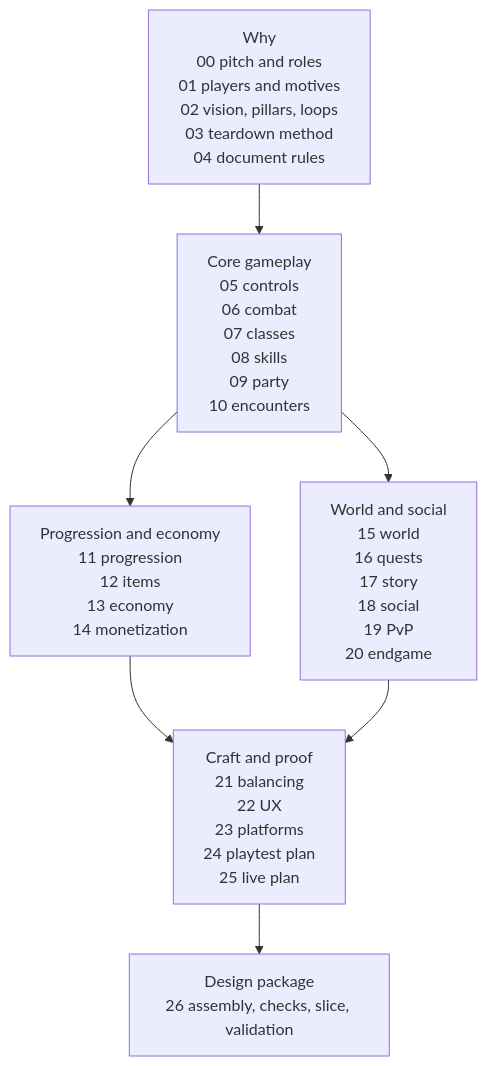
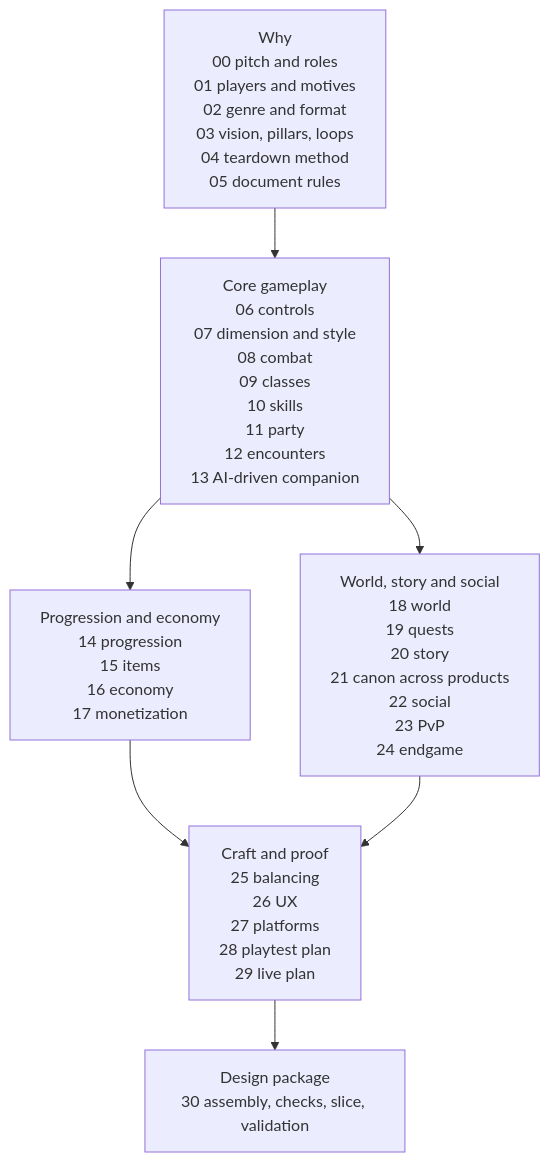
The second of 2 diagrams in game-design/30-design-package.md (huytrongnguyen/game-design-and-development), drawn with Mermaid before and after one commit. The commit also changed other lines of this file and 31 other files, not shown here.

````diff
--- a/game-design/30-design-package.md
+++ b/game-design/30-design-package.md
@@ -143,15 +147,15 @@
 ```mermaid
 flowchart TB
-    WHY["Why<br/>00 pitch and roles<br/>01 players and motives<br/>02 vision, pillars, loops<br/>03 teardown method<br/>04 document rules"]
-    CORE["Core gameplay<br/>05 controls<br/>06 combat<br/>07 classes<br/>08 skills<br/>09 party<br/>10 encounters"]
-    NUM["Progression and economy<br/>11 progression<br/>12 items<br/>13 economy<br/>14 monetization"]
-    CONTENT["World and social<br/>15 world<br/>16 quests<br/>17 story<br/>18 social<br/>19 PvP<br/>20 endgame"]
-    CRAFT["Craft and proof<br/>21 balancing<br/>22 UX<br/>23 platforms<br/>24 playtest plan<br/>25 live plan"]
-    PKG["Design package<br/>26 assembly, checks, slice, validation"]
+    WHY["Why<br/>00 pitch and roles<br/>01 players and motives<br/>02 genre and format<br/>03 vision, pillars, loops<br/>04 teardown method<br/>05 document rules"]
+    CORE["Core gameplay<br/>06 controls<br/>07 dimension and style<br/>08 combat<br/>09 classes<br/>10 skills<br/>11 party<br/>12 encounters<br/>13 AI-driven companion"]
+    NUM["Progression and economy<br/>14 progression<br/>15 items<br/>16 economy<br/>17 monetization"]
+    CONTENT["World, story and social<br/>18 world<br/>19 quests<br/>20 story<br/>21 canon across products<br/>22 social<br/>23 PvP<br/>24 endgame"]
+    CRAFT["Craft and proof<br/>25 balancing<br/>26 UX<br/>27 platforms<br/>28 playtest plan<br/>29 live plan"]
+    PKG["Design package<br/>30 assembly, checks, slice, validation"]
     WHY --> CORE
     CORE --> NUM
     CORE --> CONTENT
     NUM --> CRAFT
     CONTENT --> CRAFT
     CRAFT --> PKG
 ```
````
